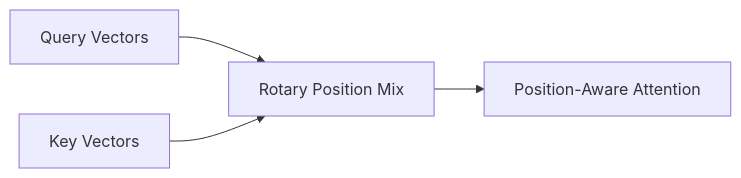
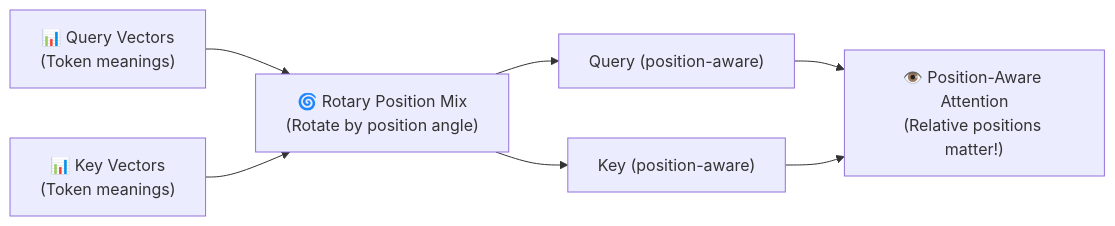
Before and after one commit to Sameer-Malik20/SusaGPT-Build-LLM-From-Scratch-With-Hinglish-Learning-Material: the eighth of 24 diagrams in docs/susagpt/SusaGPT_Diagram_Guide.md, drawn with Mermaid. The commit also changed other lines of this file and 10 other files, not shown here.

````diff
--- a/docs/susagpt/SusaGPT_Diagram_Guide.md
+++ b/docs/susagpt/SusaGPT_Diagram_Guide.md
@@ -206,6 +388,9 @@
 ```mermaid
 flowchart LR
-    A[Query Vectors] --> C[Rotary Position Mix]
-    B[Key Vectors] --> C
-    C --> D[Position-Aware Attention]
+    Q["📊 Query Vectors\n(Token meanings)"] --> ROT["🌀 Rotary Position Mix\n(Rotate by position angle)"]
+    K["📊 Key Vectors\n(Token meanings)"] --> ROT
+
+    ROT --> Q_R["Query (position-aware)"]
+    ROT --> K_R["Key (position-aware)"]
+    Q_R & K_R --> ATT["👁️ Position-Aware Attention\n(Relative positions matter!)"]
 ```
````
